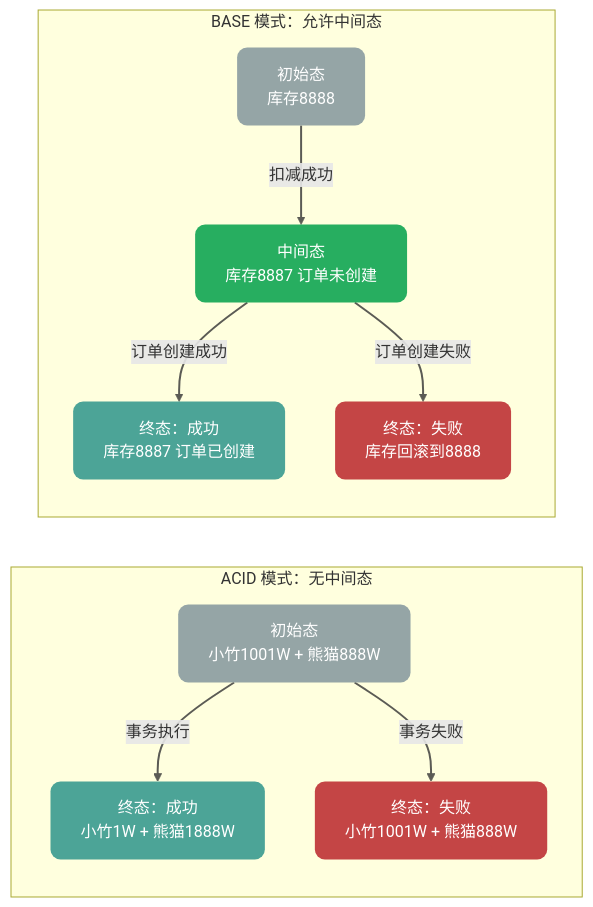
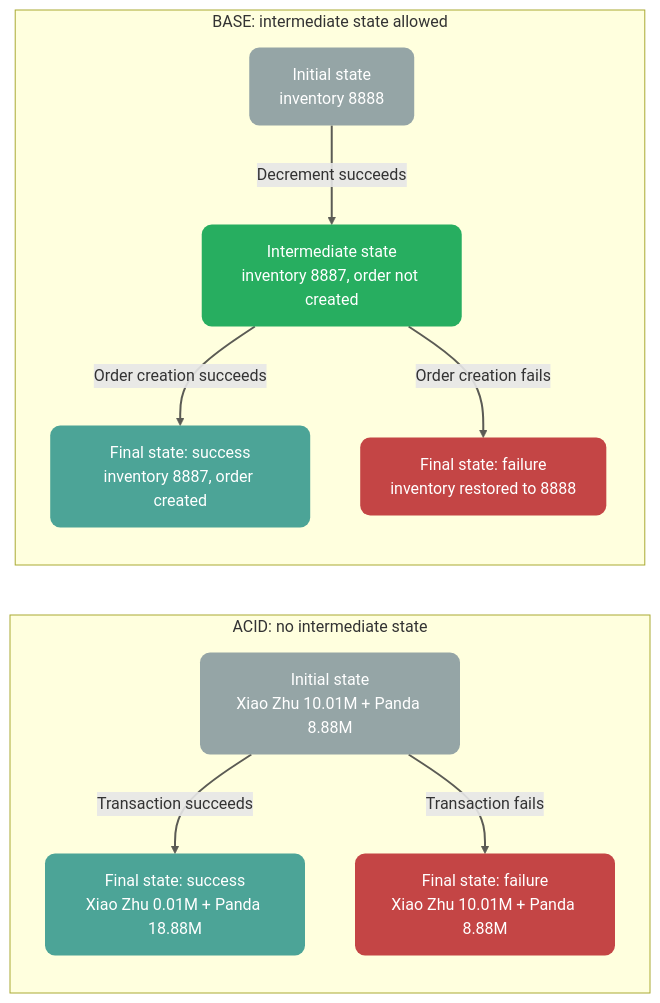
Before and after one commit to m3h3d1/JavaGuideEn: the fourth of 5 diagrams in docs/distributed-system/protocol/cap-and-base-theorem.md, drawn with Mermaid. The commit also changed other lines of this file and 16 other files, not shown here.

````diff
--- a/docs/distributed-system/protocol/cap-and-base-theorem.md
+++ b/docs/distributed-system/protocol/cap-and-base-theorem.md
@@ -360,26 +350,26 @@
 ```mermaid
 flowchart LR
-    %% 核心语义配色
+    %% Core semantic colors
     classDef acid fill:#3498DB,color:#FFFFFF,stroke:none,rx:10,ry:10
     classDef base fill:#27AE60,color:#FFFFFF,stroke:none,rx:10,ry:10
     classDef state fill:#95A5A6,color:#FFFFFF,stroke:none,rx:10,ry:10
     classDef success fill:#4CA497,color:#FFFFFF,stroke:none,rx:10,ry:10
     classDef fail fill:#C44545,color:#FFFFFF,stroke:none,rx:10,ry:10
 
-    subgraph ACID [ACID 模式：无中间态]
+    subgraph ACID [ACID: no intermediate state]
         direction TB
-        A1[初始态<br/>小竹1001W + 熊猫888W]:::state
-        A1 -->|事务执行| A2[终态：成功<br/>小竹1W + 熊猫1888W]:::success
-        A1 -->|事务失败| A3[终态：失败<br/>小竹1001W + 熊猫888W]:::fail
+        A1[Initial state<br/>Xiao Zhu 10.01M + Panda 8.88M]:::state
+        A1 -->|Transaction succeeds| A2[Final state: success<br/>Xiao Zhu 0.01M + Panda 18.88M]:::success
+        A1 -->|Transaction fails| A3[Final state: failure<br/>Xiao Zhu 10.01M + Panda 8.88M]:::fail
     end
 
-    subgraph BASE [BASE 模式：允许中间态]
+    subgraph BASE [BASE: intermediate state allowed]
         direction TB
-        B1[初始态<br/>库存8888]:::state
-        B1 -->|扣减成功| B2[中间态<br/>库存8887 订单未创建]:::base
-        B2 -->|订单创建成功| B3[终态：成功<br/>库存8887 订单已创建]:::success
-        B2 -->|订单创建失败| B4[终态：失败<br/>库存回滚到8888]:::fail
+        B1[Initial state<br/>inventory 8888]:::state
+        B1 -->|Decrement succeeds| B2[Intermediate state<br/>inventory 8887, order not created]:::base
+        B2 -->|Order creation succeeds| B3[Final state: success<br/>inventory 8887, order created]:::success
+        B2 -->|Order creation fails| B4[Final state: failure<br/>inventory restored to 8888]:::fail
     end
 
     linkStyle default stroke-width:2px,stroke:#333333,opacity:0.8
 ```
````
